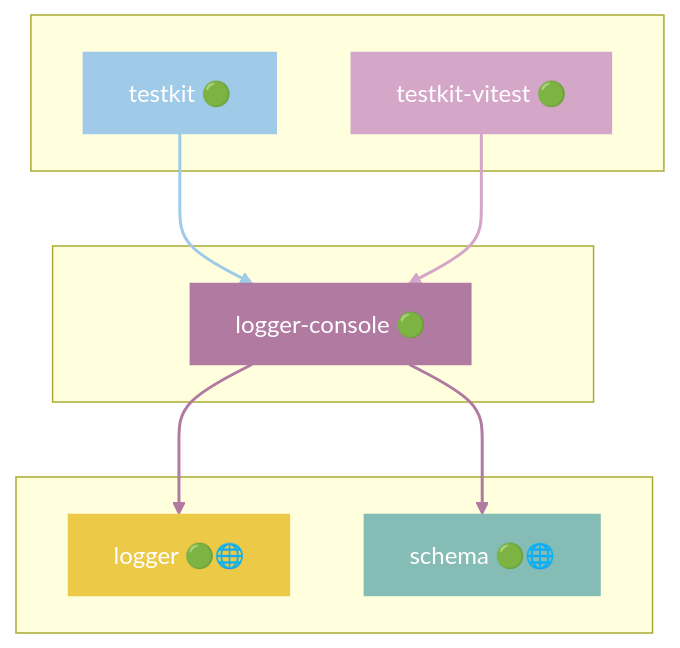
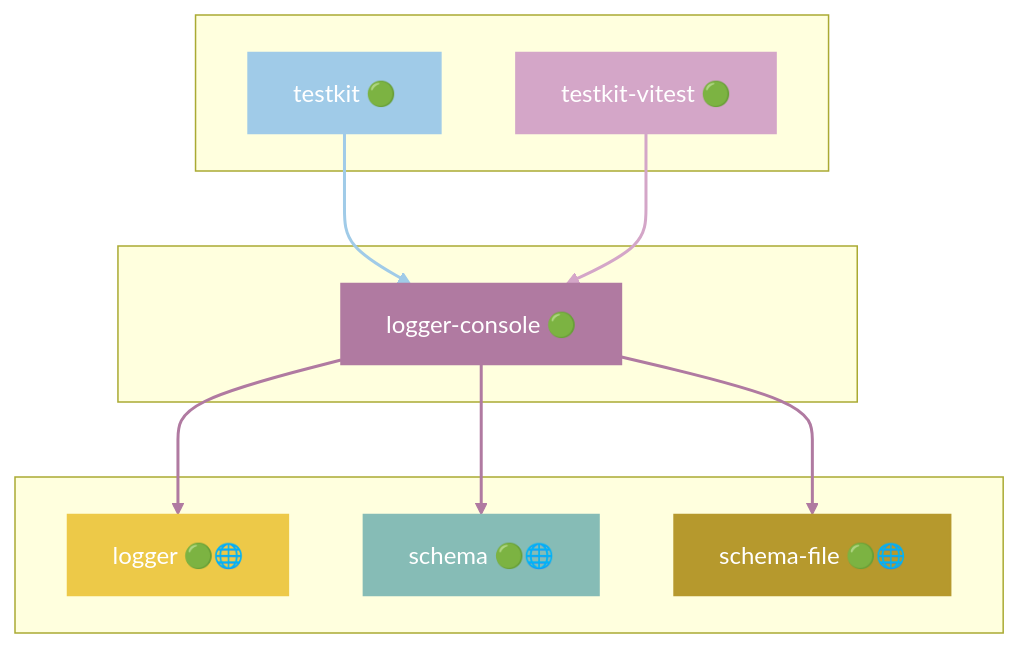
Diagram 26 of 40 in docs/DEPENDENCIES.md (grest-ts/grest-ts), drawn with Mermaid before and after one commit. The commit also changed other lines of this file and 7 other files, not shown here.

````diff
--- a/docs/DEPENDENCIES.md
+++ b/docs/DEPENDENCIES.md
@@ -1291,27 +1293,31 @@
 ```mermaid
 flowchart TB
     subgraph Dependents[" "]
         testkit["testkit 🟢"]
         testkit-vitest["testkit-vitest 🟢"]
     end
     subgraph Package[" "]
         logger-console["logger-console 🟢"]
     end
     subgraph Dependencies[" "]
         logger["logger 🟢🌐"]
         schema["schema 🟢🌐"]
+        schema-file["schema-file 🟢🌐"]
     end
     testkit --> logger-console
     testkit-vitest --> logger-console
     logger-console --> logger
     logger-console --> schema
+    logger-console --> schema-file
     style logger-console fill:#B07AA1,stroke:#B07AA1,color:#fff
     style testkit fill:#A0CBE8,stroke:#A0CBE8,color:#fff
     style testkit-vitest fill:#D4A6C8,stroke:#D4A6C8,color:#fff
     style logger fill:#EDC948,stroke:#EDC948,color:#fff
     style schema fill:#86BCB6,stroke:#86BCB6,color:#fff
+    style schema-file fill:#B6992D,stroke:#B6992D,color:#fff
     linkStyle 0 stroke:#A0CBE8,stroke-width:2px
     linkStyle 1 stroke:#D4A6C8,stroke-width:2px
     linkStyle 2 stroke:#B07AA1,stroke-width:2px
     linkStyle 3 stroke:#B07AA1,stroke-width:2px
+    linkStyle 4 stroke:#B07AA1,stroke-width:2px
 ```
````
